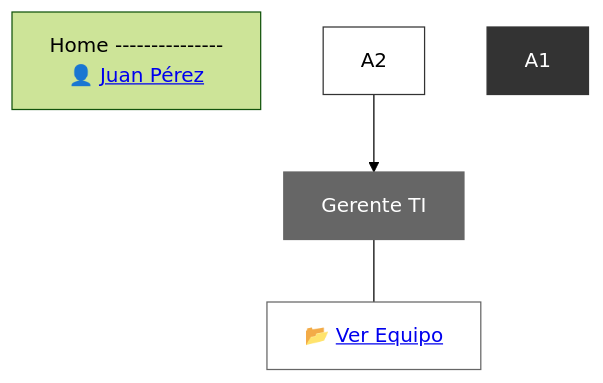
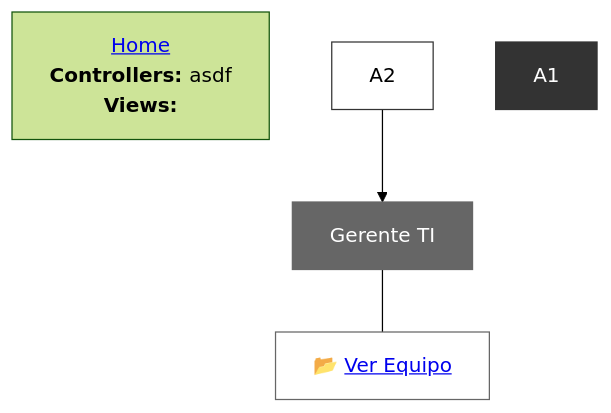
One commit to reynaldocv/macusp changed the first of 2 diagrams in README.md. Above: the diagram before and after it, drawn with Mermaid (forest theme).

````diff
--- a/README.md
+++ b/README.md
@@ -245,17 +245,17 @@
 ```mermaid
 graph TD
     %% Parte superior e inferior del primer puesto
-    Home["Home ---------------<br>👤 <a href='https://link.com'>Juan Pérez</a>"]
+    Home["<a href='https://link.com'>Home</a> <br> <strong> Controllers: </strong> asdf <br> <strong> Views: </strong>"]
     
     %% Parte superior e inferior del segundo puesto
     B1[Gerente TI] --- B2["📂 <a href='https://link.com'>Ver Equipo</a>"]
     
     %% Conexión del organigrama (une la parte inferior de uno con la superior del otro)
     A2 --> B1
 
     %% Estilos para que parezcan una sola pieza
     style A1 fill:#333,stroke:#333,color:#fff
     style A2 fill:#fff,stroke:#333
     style B1 fill:#666,stroke:#666,color:#fff
     style B2 fill:#fff,stroke:#666
 ```
````
